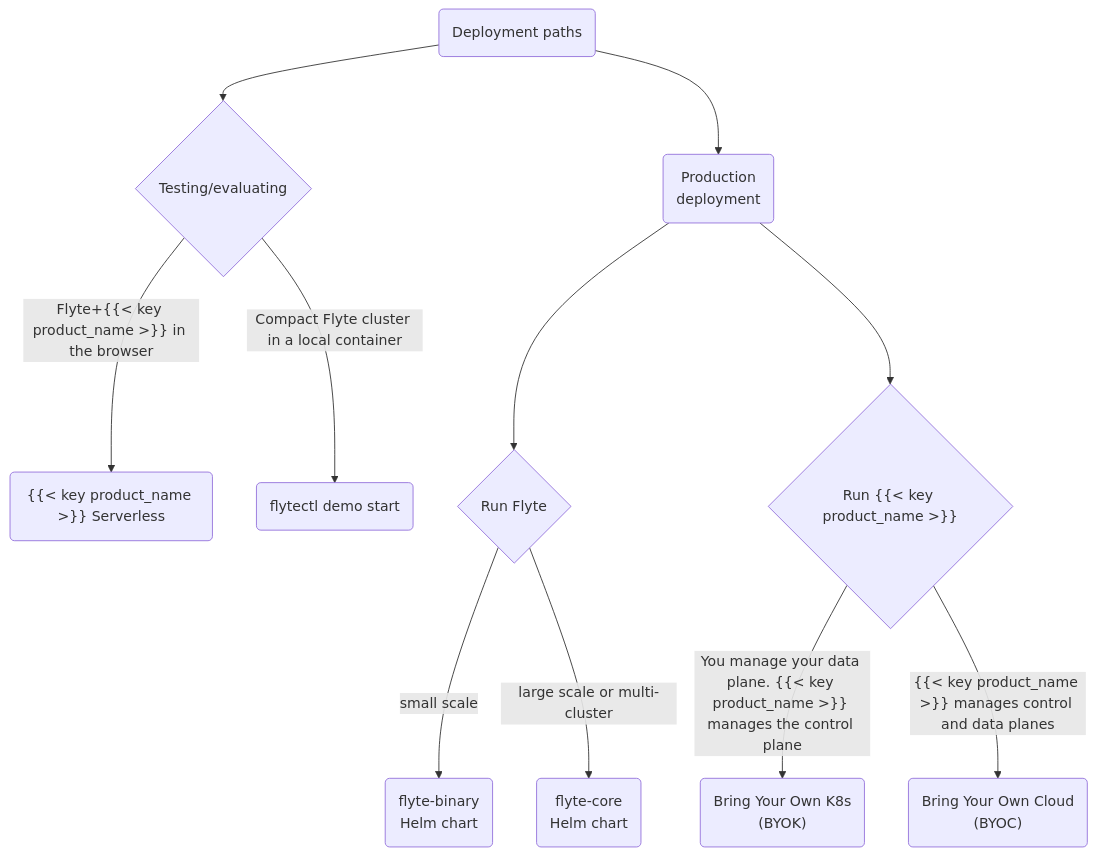
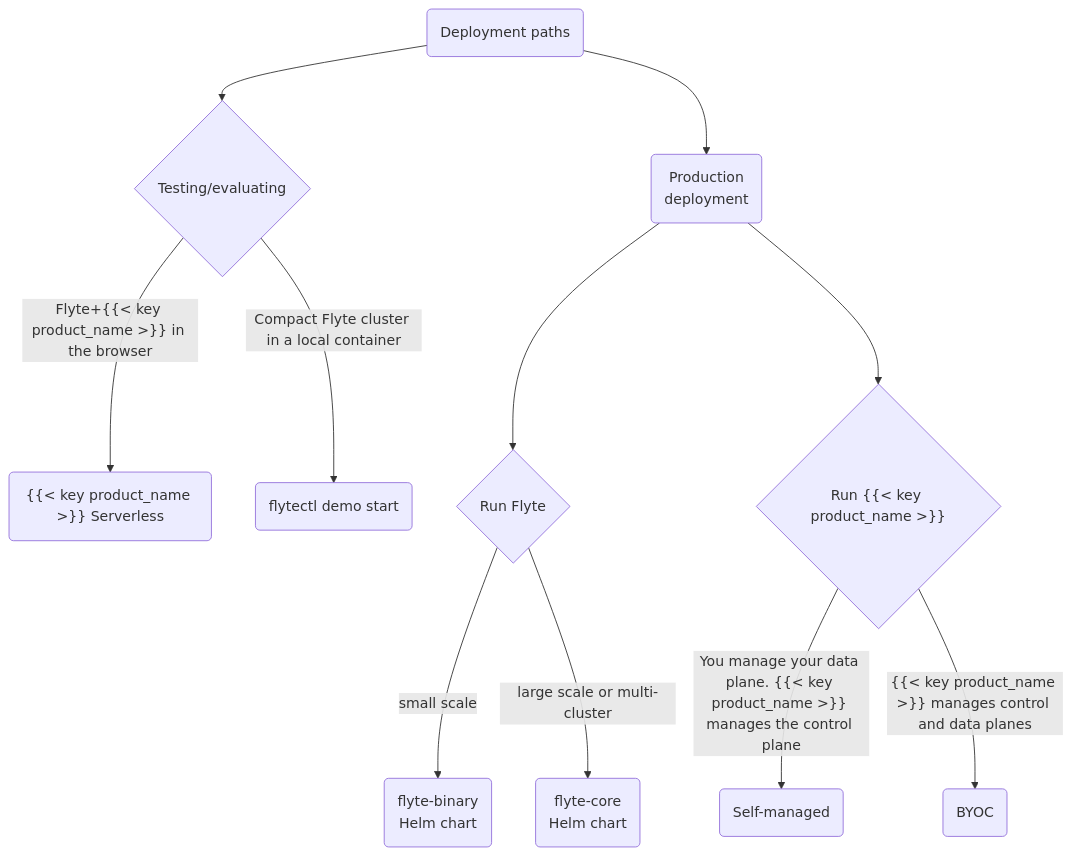
The diagram in content/deployment/_index.md (unionai/unionai-docs), drawn with Mermaid before and after one commit. The commit also changed other lines of this file and 1039 other files, not shown here.

First line of the commit message:
Self-Managed documentation (#340)

````diff
--- a/content/deployment/_index.md
+++ b/content/deployment/_index.md
@@ -44,22 +55,22 @@
 ```mermaid
 flowchart TD
     A("Deployment paths") --> n1["Testing/evaluating"] & n4["Production <br>deployment"]
     n1 -- Flyte+{{< key product_name >}} in the browser --> n2["{{< key product_name >}} Serverless<br>"]
     n1 -- Compact Flyte cluster in a local container --> n3["flytectl demo start<br>"]
     n4 --> n5["Run Flyte"] & n8["Run {{< key product_name >}}"]
     n5 -- small scale --> n6["flyte-binary<br>Helm chart"]
     n5 -- large scale or multi-cluster --> n7["flyte-core<br>Helm chart"]
-    n8 -- "You manage your data plane. {{< key product_name >}} manages the control plane" --> n9["Bring Your Own K8s<br>(BYOK)"]
-    n8 -- {{< key product_name >}} manages control and data planes --> n10["Bring Your Own Cloud<br>(BYOC)"]
+    n8 -- "You manage your data plane. {{< key product_name >}} manages the control plane" --> n9["Self-managed"]
+    n8 -- {{< key product_name >}} manages control and data planes --> n10["BYOC"]
 
     n1@{ shape: diam}
     n4@{ shape: rounded}
     n2@{ shape: rounded}
     n3@{ shape: rounded}
     n5@{ shape: diam}
     n8@{ shape: diam}
     n6@{ shape: rounded}
     n7@{ shape: rounded}
     n9@{ shape: rounded}
     n10@{ shape: rounded}
 ```
````
